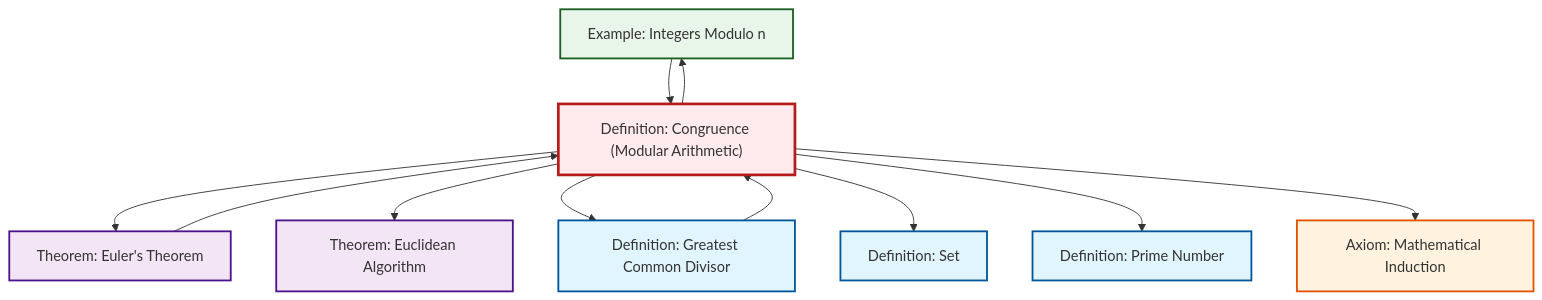
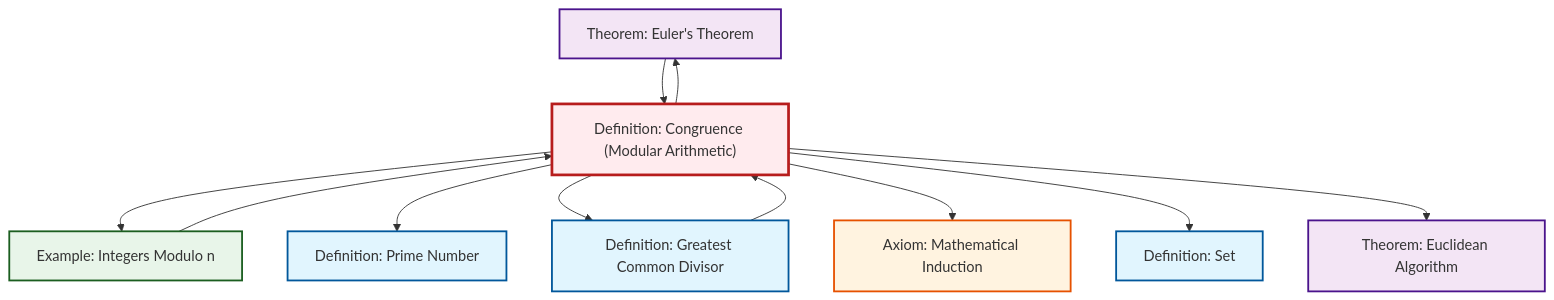
One commit to RK0429/ModernMath changed the diagram in content/ja/number-theory/def-congruence.qmd. Above: the diagram before and after it, drawn with Mermaid. The commit also changed other lines of this file and 474 other files, not shown here.

````diff
--- a/content/ja/number-theory/def-congruence.qmd
+++ b/content/ja/number-theory/def-congruence.qmd
@@ -122,35 +122,35 @@
 ```{mermaid}
 %%| fig-cap: "Local dependency graph"
 graph TD
     classDef definition fill:#e1f5fe,stroke:#01579b,stroke-width:2px
     classDef theorem fill:#f3e5f5,stroke:#4a148c,stroke-width:2px
     classDef axiom fill:#fff3e0,stroke:#e65100,stroke-width:2px
     classDef example fill:#e8f5e9,stroke:#1b5e20,stroke-width:2px
     classDef current fill:#ffebee,stroke:#b71c1c,stroke-width:3px
+    thm-euler["Theorem: Euler's Theorem"]:::theorem
+    def-prime["Definition: Prime Number"]:::definition
     def-set["Definition: Set"]:::definition
-    ex-quotient-integers-mod-n["Example: Integers Modulo n"]:::example
-    thm-euclidean-algorithm["Theorem: Euclidean Algorithm"]:::theorem
-    def-prime["Definition: Prime Number"]:::definition
     ax-induction["Axiom: Mathematical Induction"]:::axiom
     def-gcd["Definition: Greatest Common Divisor"]:::definition
-    thm-euler["Theorem: Euler's Theorem"]:::theorem
+    thm-euclidean-algorithm["Theorem: Euclidean Algorithm"]:::theorem
     def-congruence["Definition: Congruence (Modular Arithmetic)"]:::definition
+    ex-quotient-integers-mod-n["Example: Integers Modulo n"]:::example
+    def-congruence --> ex-quotient-integers-mod-n
+    def-congruence --> def-prime
+    def-congruence --> def-gcd
+    def-congruence --> ax-induction
+    def-congruence --> def-set
+    def-gcd --> def-congruence
+    def-congruence --> thm-euclidean-algorithm
     def-congruence --> thm-euler
-    def-congruence --> thm-euclidean-algorithm
-    def-congruence --> def-gcd
+    thm-euler --> def-congruence
     ex-quotient-integers-mod-n --> def-congruence
-    thm-euler --> def-congruence
-    def-congruence --> ex-quotient-integers-mod-n
-    def-gcd --> def-congruence
-    def-congruence --> def-set
-    def-congruence --> def-prime
-    def-congruence --> ax-induction
     class def-congruence current
+    click thm-euler "thm-euler.html" "Theorem: Euler's Theoremへ"
+    click def-prime "def-prime.html" "Definition: Prime Numberへ"
     click def-set "def-set.html" "Definition: Setへ"
-    click ex-quotient-integers-mod-n "ex-quotient-integers-mod-n.html" "Example: Integers Modulo nへ"
-    click thm-euclidean-algorithm "thm-euclidean-algorithm.html" "Theorem: Euclidean Algorithmへ"
-    click def-prime "def-prime.html" "Definition: Prime Numberへ"
     click ax-induction "ax-induction.html" "Axiom: Mathematical Inductionへ"
     click def-gcd "def-gcd.html" "Definition: Greatest Common Divisorへ"
-    click thm-euler "thm-euler.html" "Theorem: Euler's Theoremへ"
+    click thm-euclidean-algorithm "thm-euclidean-algorithm.html" "Theorem: Euclidean Algorithmへ"
+    click ex-quotient-integers-mod-n "ex-quotient-integers-mod-n.html" "Example: Integers Modulo nへ"
 ```
````
